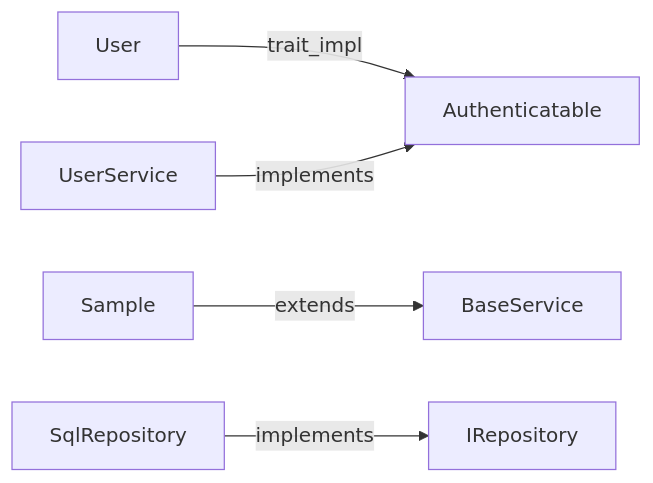
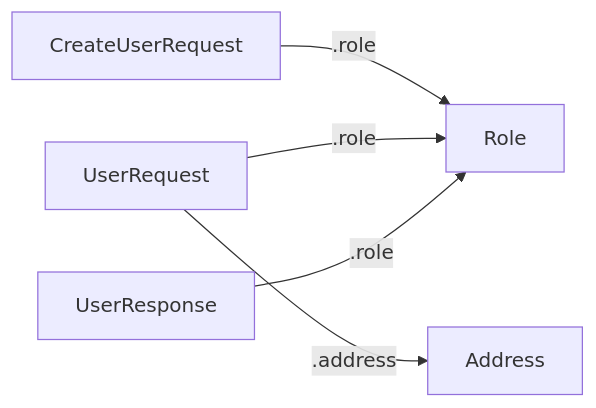
One commit to christophergutierrez/repomap changed the diagram in docs/TOOLS.md. Above: the diagram before and after it, drawn with Mermaid. The commit also changed other lines of this file and 1 other file, not shown here.

Commit message:
Change example

````diff
--- a/docs/TOOLS.md
+++ b/docs/TOOLS.md
@@ -483,7 +483,7 @@
 ```mermaid
 graph LR
-    User["User"] -->|trait_impl| Authenticatable["Authenticatable"]
-    UserService["UserService"] -->|implements| Authenticatable["Authenticatable"]
-    Sample["Sample"] -->|extends| BaseService["BaseService"]
-    SqlRepository["SqlRepository"] -->|implements| IRepository["IRepository"]
+    CreateUserRequest["CreateUserRequest"] -->|.role| Role["Role"]
+    UserRequest["UserRequest"] -->|.role| Role["Role"]
+    UserRequest["UserRequest"] -->|.address| Address["Address"]
+    UserResponse["UserResponse"] -->|.role| Role["Role"]
 ```
````
